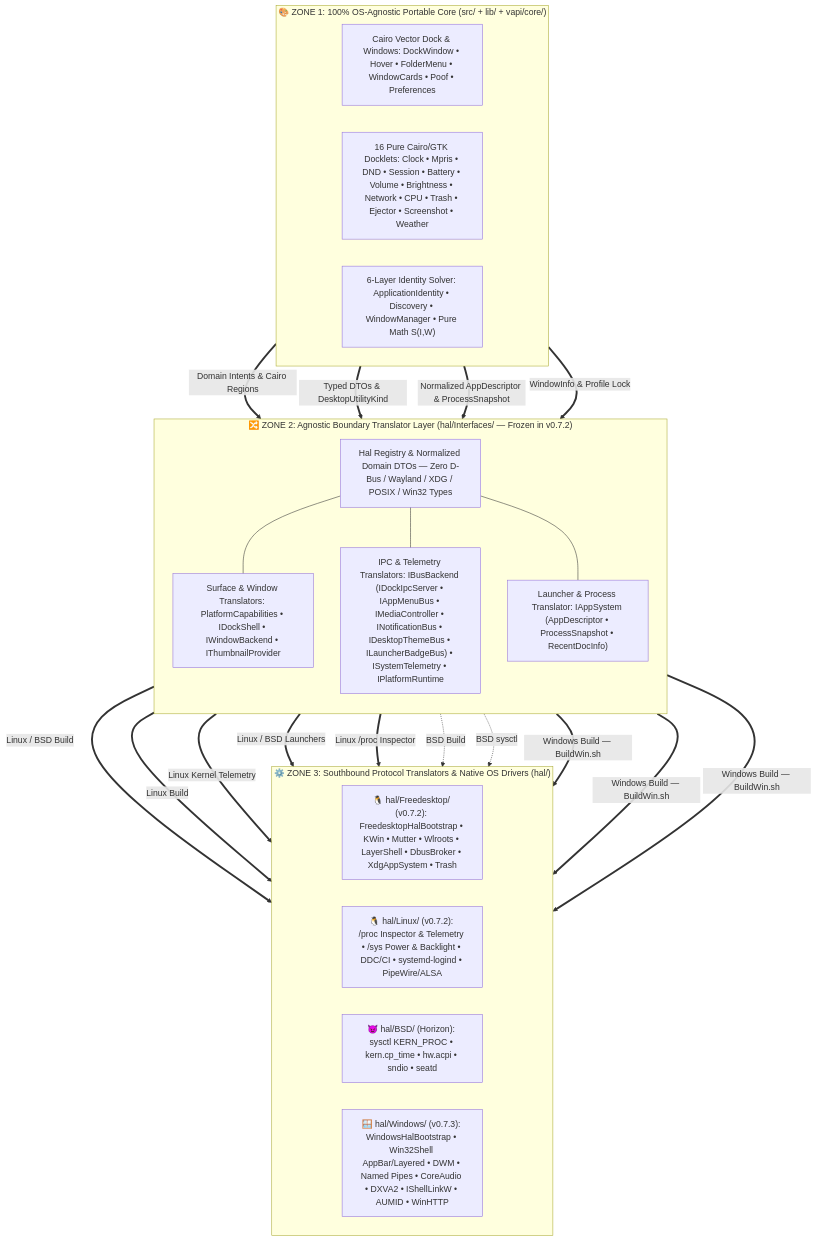
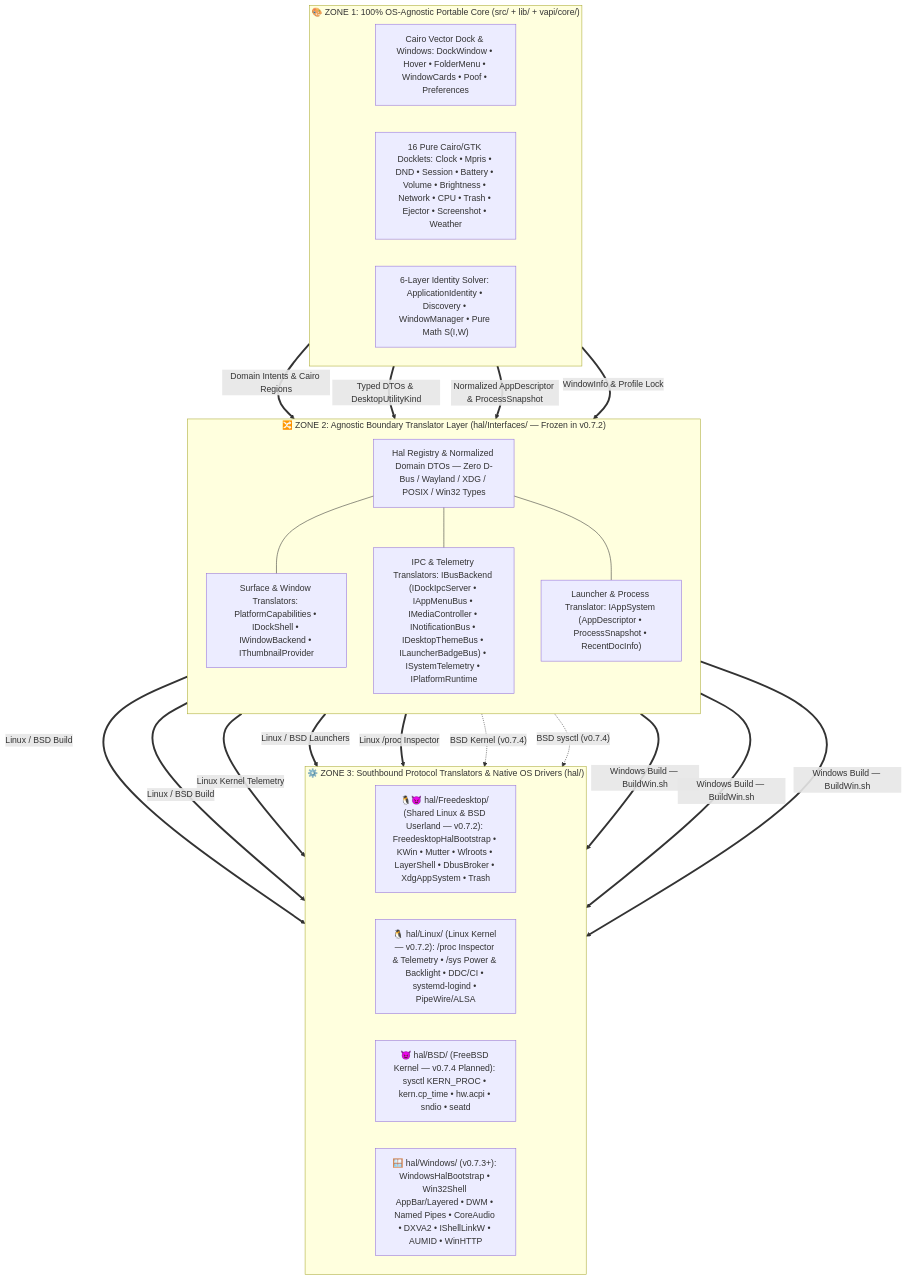
Before and after one commit to sergiomelas/WayPlank: the diagram in Documentation/Architecture/README.md, drawn with Mermaid. The commit also changed other lines of this file and 205 other files, not shown here.

````diff
--- a/Documentation/Architecture/README.md
+++ b/Documentation/Architecture/README.md
@@ -79,43 +91,43 @@
 ```mermaid
 flowchart TD
     subgraph ZONE1 ["🎨 ZONE 1: 100% OS-Agnostic Portable Core (src/ + lib/ + vapi/core/)"]
         direction LR
         UI_CORE["Cairo Vector Dock & Windows: DockWindow • Hover • FolderMenu • WindowCards • Poof • Preferences"];
         DOCKLETS_CORE["16 Pure Cairo/GTK Docklets: Clock • Mpris • DND • Session • Battery • Volume • Brightness • Network • CPU • Trash • Ejector • Screenshot • Weather"];
         ID_SOLVER["6-Layer Identity Solver: ApplicationIdentity • Discovery • WindowManager • Pure Math S(I,W)"];
     end
 
     subgraph ZONE2 ["🔀 ZONE 2: Agnostic Boundary Translator Layer (hal/Interfaces/ — Frozen in v0.7.2)"]
         direction TB
         HAL_REG["Hal Registry & Normalized Domain DTOs — Zero D-Bus / Wayland / XDG / POSIX / Win32 Types"];
         T_COMP["Surface & Window Translators: PlatformCapabilities • IDockShell • IWindowBackend • IThumbnailProvider"];
         T_BUS["IPC & Telemetry Translators: IBusBackend (IDockIpcServer • IAppMenuBus • IMediaController • INotificationBus • IDesktopThemeBus • ILauncherBadgeBus) • ISystemTelemetry • IPlatformRuntime"];
         T_APP["Launcher & Process Translator: IAppSystem (AppDescriptor • ProcessSnapshot • RecentDocInfo)"];
         HAL_REG --- T_COMP;
         HAL_REG --- T_BUS;
         HAL_REG --- T_APP;
     end
 
     subgraph ZONE3 ["⚙️ ZONE 3: Southbound Protocol Translators & Native OS Drivers (hal/)"]
         direction LR
-        FDO_DRV["🐧 hal/Freedesktop/ (v0.7.2): FreedesktopHalBootstrap • KWin • Mutter • Wlroots • LayerShell • DbusBroker • XdgAppSystem • Trash"];
-        LIN_DRV["🐧 hal/Linux/ (v0.7.2): /proc Inspector & Telemetry • /sys Power & Backlight • DDC/CI • systemd-logind • PipeWire/ALSA"];
-        BSD_DRV["😈 hal/BSD/ (Horizon): sysctl KERN_PROC • kern.cp_time • hw.acpi • sndio • seatd"];
-        WIN_DRV["🪟 hal/Windows/ (v0.7.3): WindowsHalBootstrap • Win32Shell AppBar/Layered • DWM • Named Pipes • CoreAudio • DXVA2 • IShellLinkW • AUMID • WinHTTP"];
+        FDO_DRV["🐧😈 hal/Freedesktop/ (Shared Linux & BSD Userland — v0.7.2): FreedesktopHalBootstrap • KWin • Mutter • Wlroots • LayerShell • DbusBroker • XdgAppSystem • Trash"];
+        LIN_DRV["🐧 hal/Linux/ (Linux Kernel — v0.7.2): /proc Inspector & Telemetry • /sys Power & Backlight • DDC/CI • systemd-logind • PipeWire/ALSA"];
+        BSD_DRV["😈 hal/BSD/ (FreeBSD Kernel — v0.7.4 Planned): sysctl KERN_PROC • kern.cp_time • hw.acpi • sndio • seatd"];
+        WIN_DRV["🪟 hal/Windows/ (v0.7.3+): WindowsHalBootstrap • Win32Shell AppBar/Layered • DWM • Named Pipes • CoreAudio • DXVA2 • IShellLinkW • AUMID • WinHTTP"];
     end
 
     UI_CORE ==>|"Domain Intents & Cairo Regions"| T_COMP;
     DOCKLETS_CORE ==>|"Typed DTOs & DesktopUtilityKind"| T_BUS;
     ID_SOLVER ==>|"Normalized AppDescriptor & ProcessSnapshot"| T_APP;
     ID_SOLVER ==>|"WindowInfo & Profile Lock"| T_COMP;
     T_COMP ==>|"Linux / BSD Build"| FDO_DRV;
-    T_BUS ==>|"Linux Build"| FDO_DRV;
+    T_BUS ==>|"Linux / BSD Build"| FDO_DRV;
     T_BUS ==>|"Linux Kernel Telemetry"| LIN_DRV;
     T_APP ==>|"Linux / BSD Launchers"| FDO_DRV;
     T_APP ==>|"Linux /proc Inspector"| LIN_DRV;
-    T_BUS -.->|"BSD Build"| BSD_DRV;
-    T_APP -.->|"BSD sysctl"| BSD_DRV;
+    T_BUS -.->|"BSD Kernel (v0.7.4)"| BSD_DRV;
+    T_APP -.->|"BSD sysctl (v0.7.4)"| BSD_DRV;
     T_COMP ==>|"Windows Build — BuildWin.sh"| WIN_DRV;
     T_BUS ==>|"Windows Build — BuildWin.sh"| WIN_DRV;
     T_APP ==>|"Windows Build — BuildWin.sh"| WIN_DRV;
 ```
````
